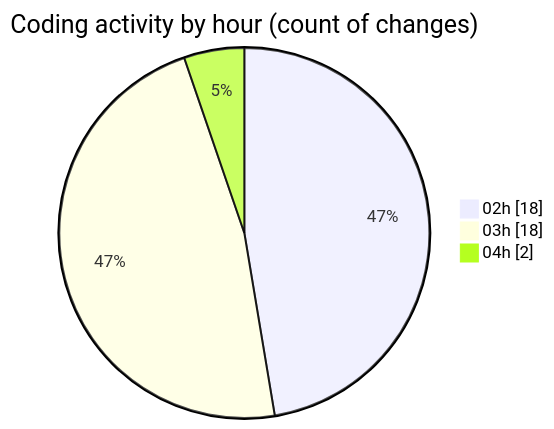
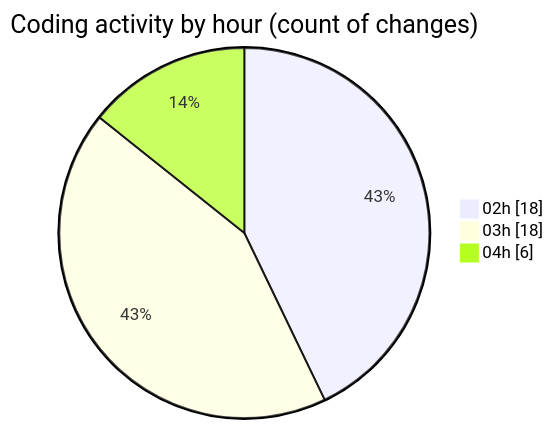
Before and after one commit to lephambinh05/code-tracking: the second of 2 diagrams in 2025-07-12/shopaccv1/README.md, drawn with Mermaid. The commit also changed other lines of this file and 1 other file, not shown here.

````diff
--- a/2025-07-12/shopaccv1/README.md
+++ b/2025-07-12/shopaccv1/README.md
@@ -49,7 +53,7 @@
 ```mermaid
 pie showData
 title Coding activity by hour (count of changes)
 "02h" : 18
 "03h" : 18
-"04h" : 2
+"04h" : 6
 ```
````
